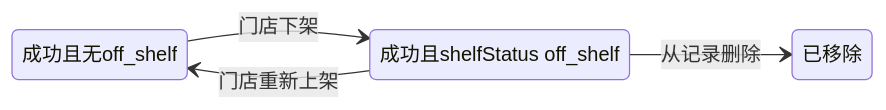
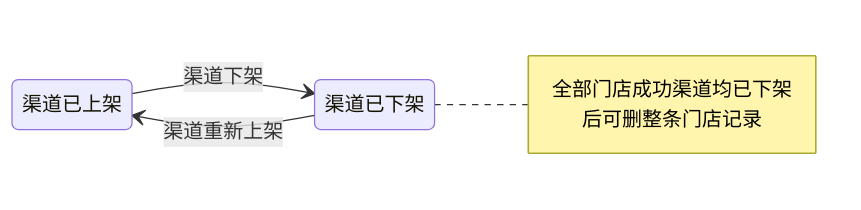
The fourth of 4 diagrams in 屏保状态与操作说明.md (cflyindance/setcenter), drawn with Mermaid before and after one commit. The commit also changed other lines of this file and 14 other files, not shown here.

````diff
--- a/屏保状态与操作说明.md
+++ b/屏保状态与操作说明.md
@@ -311,9 +232,9 @@
 ```mermaid
 stateDiagram-v2
   direction LR
-  在架: 成功且无off_shelf
-  已下架: 成功且shelfStatus off_shelf
-  在架 --> 已下架: 门店下架
-  已下架 --> 在架: 门店重新上架
-  已下架 --> 已移除: 从记录删除
+  ch_on: 渠道已上架
+  ch_off: 渠道已下架
+  ch_on --> ch_off: 渠道下架
+  ch_off --> ch_on: 渠道重新上架
+  note right of ch_off: 全部门店成功渠道均已下架后可删整条门店记录
 ```
````
